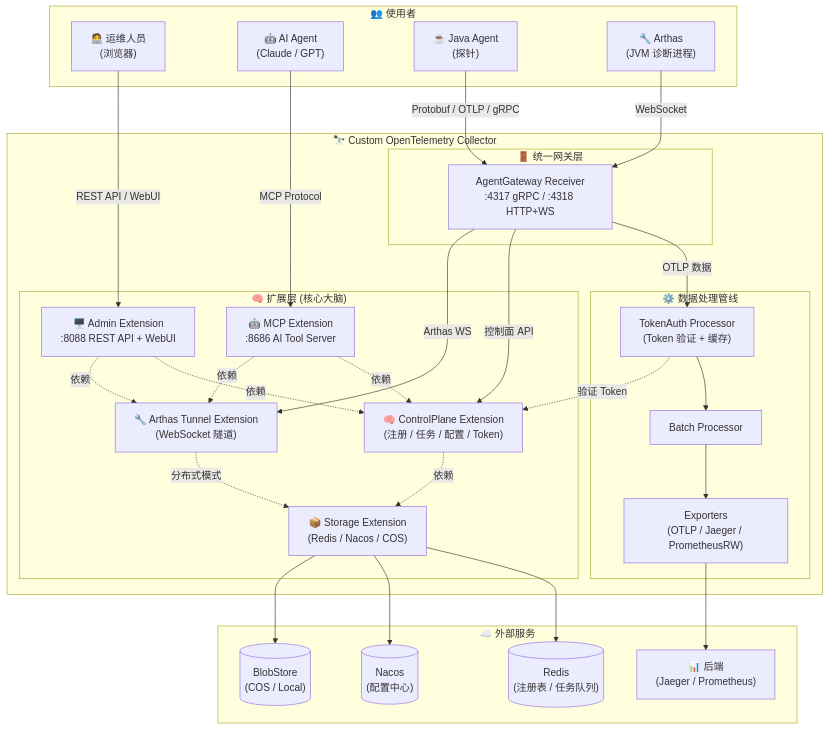
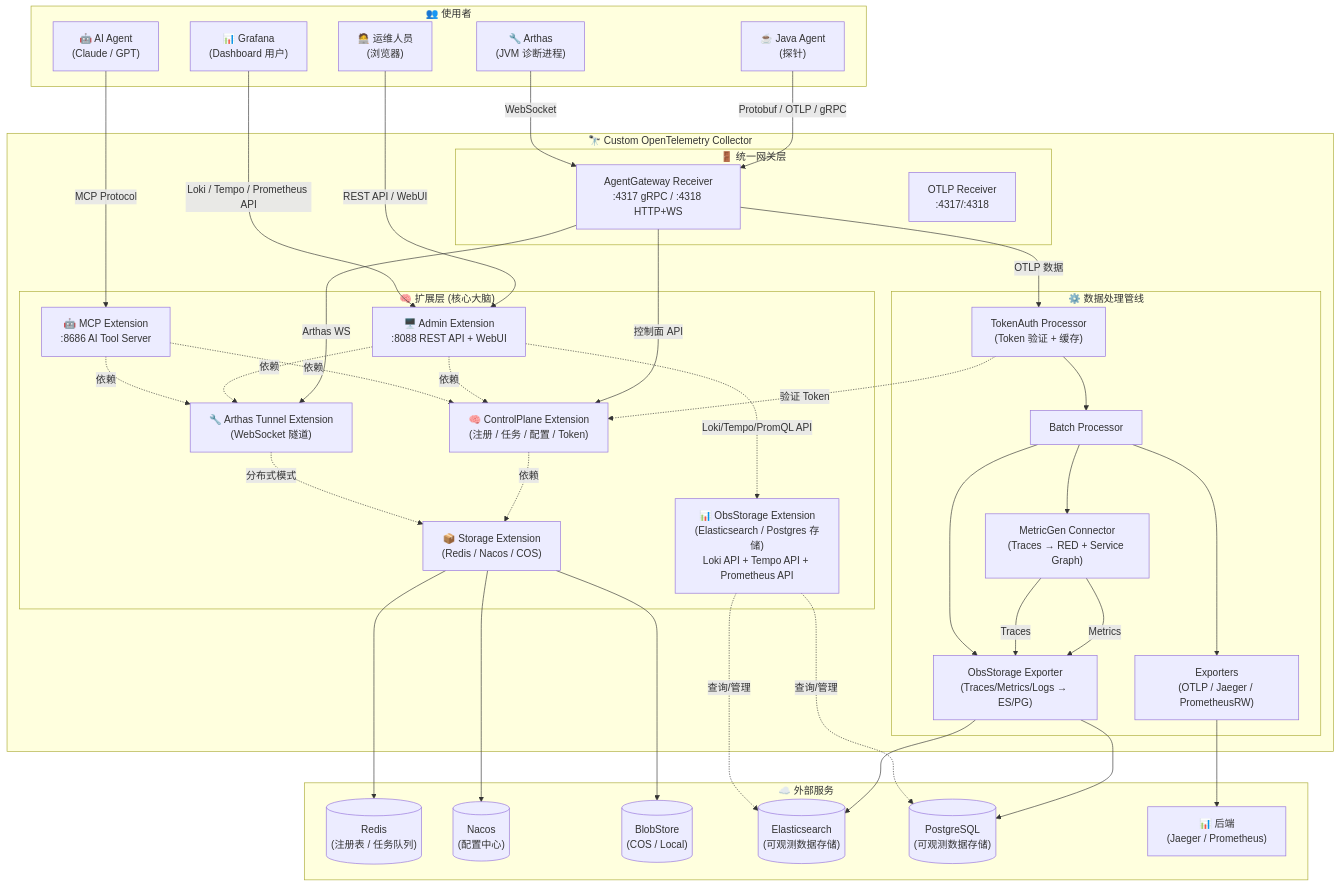
One commit to junjiewwang/custom-opentelemetry-collector changed the first of 11 diagrams in README.md. Above: the diagram before and after it, drawn with Mermaid. The commit also changed other lines of this file, not shown here.

````diff
--- a/README.md
+++ b/README.md
@@ -26,64 +27,81 @@
 ```mermaid
 graph TB
     subgraph Users["👥 使用者"]
         Human["🧑‍💻 运维人员<br/>(浏览器)"]
         AI["🤖 AI Agent<br/>(Claude / GPT)"]
         JavaAgent["☕ Java Agent<br/>(探针)"]
         ArthasAgent["🔧 Arthas<br/>(JVM 诊断进程)"]
+        Grafana["📊 Grafana<br/>(Dashboard 用户)"]
     end
 
     subgraph Collector["🔭 Custom OpenTelemetry Collector"]
         subgraph Gateway["🚪 统一网关层"]
             Receiver["AgentGateway Receiver<br/>:4317 gRPC / :4318 HTTP+WS"]
+            OTLP["OTLP Receiver<br/>:4317/:4318"]
         end
 
         subgraph Pipeline["⚙️ 数据处理管线"]
             TokenAuth["TokenAuth Processor<br/>(Token 验证 + 缓存)"]
             Batch["Batch Processor"]
+            MetricGen["MetricGen Connector<br/>(Traces → RED + Service Graph)"]
+            StorageExporter["ObsStorage Exporter<br/>(Traces/Metrics/Logs → ES/PG)"]
             Exporters["Exporters<br/>(OTLP / Jaeger / PrometheusRW)"]
         end
 
         subgraph Extensions["🧠 扩展层 (核心大脑)"]
+            ObsStorage["📊 ObsStorage Extension<br/>(Elasticsearch / Postgres 存储)<br/>Loki API + Tempo API + Prometheus API"]
             Storage["📦 Storage Extension<br/>(Redis / Nacos / COS)"]
             ControlPlane["🧠 ControlPlane Extension<br/>(注册 / 任务 / 配置 / Token)"]
             ArthasTunnel["🔧 Arthas Tunnel Extension<br/>(WebSocket 隧道)"]
             Admin["🖥️ Admin Extension<br/>:8088 REST API + WebUI"]
             MCP["🤖 MCP Extension<br/>:8686 AI Tool Server"]
         end
     end
 
     subgraph External["☁️ 外部服务"]
         Redis[("Redis<br/>(注册表 / 任务队列)")]
         Nacos[("Nacos<br/>(配置中心)")]
         BlobStore[("BlobStore<br/>(COS / Local)")]
+        ES[("Elasticsearch<br/>(可观测数据存储)")]
+        PG[("PostgreSQL<br/>(可观测数据存储)")]
         Backend["📊 后端<br/>(Jaeger / Prometheus)"]
     end
 
     %% 用户连接
     Human -->|"REST API / WebUI"| Admin
     AI -->|"MCP Protocol"| MCP
     JavaAgent -->|"Protobuf / OTLP / gRPC"| Receiver
     ArthasAgent -->|"WebSocket"| Receiver
+    Grafana -->|"Loki / Tempo / Prometheus API"| Admin
 
     %% 网关到管线
     Receiver -->|"OTLP 数据"| TokenAuth
-    TokenAuth --> Batch --> Exporters
+    TokenAuth --> Batch
+    Batch --> MetricGen
+    MetricGen -->|"Metrics"| StorageExporter
+    MetricGen -->|"Traces"| StorageExporter
+    Batch --> StorageExporter
+    StorageExporter --> ES
+    StorageExporter --> PG
+    Batch --> Exporters
     Exporters --> Backend
 
     %% 网关到扩展
     Receiver -->|"控制面 API"| ControlPlane
     Receiver -->|"Arthas WS"| ArthasTunnel
 
     %% 扩展间依赖
     Storage --> Redis
     Storage --> Nacos
     Storage --> BlobStore
     ControlPlane -.->|"依赖"| Storage
     ArthasTunnel -.->|"分布式模式"| Storage
+    ObsStorage -.->|"查询/管理"| ES
+    ObsStorage -.->|"查询/管理"| PG
+    Admin -.->|"Loki/Tempo/PromQL API"| ObsStorage
     Admin -.->|"依赖"| ControlPlane
     Admin -.->|"依赖"| ArthasTunnel
     MCP -.->|"依赖"| ControlPlane
     MCP -.->|"依赖"| ArthasTunnel
     TokenAuth -.->|"验证 Token"| ControlPlane
-
 ```
````
